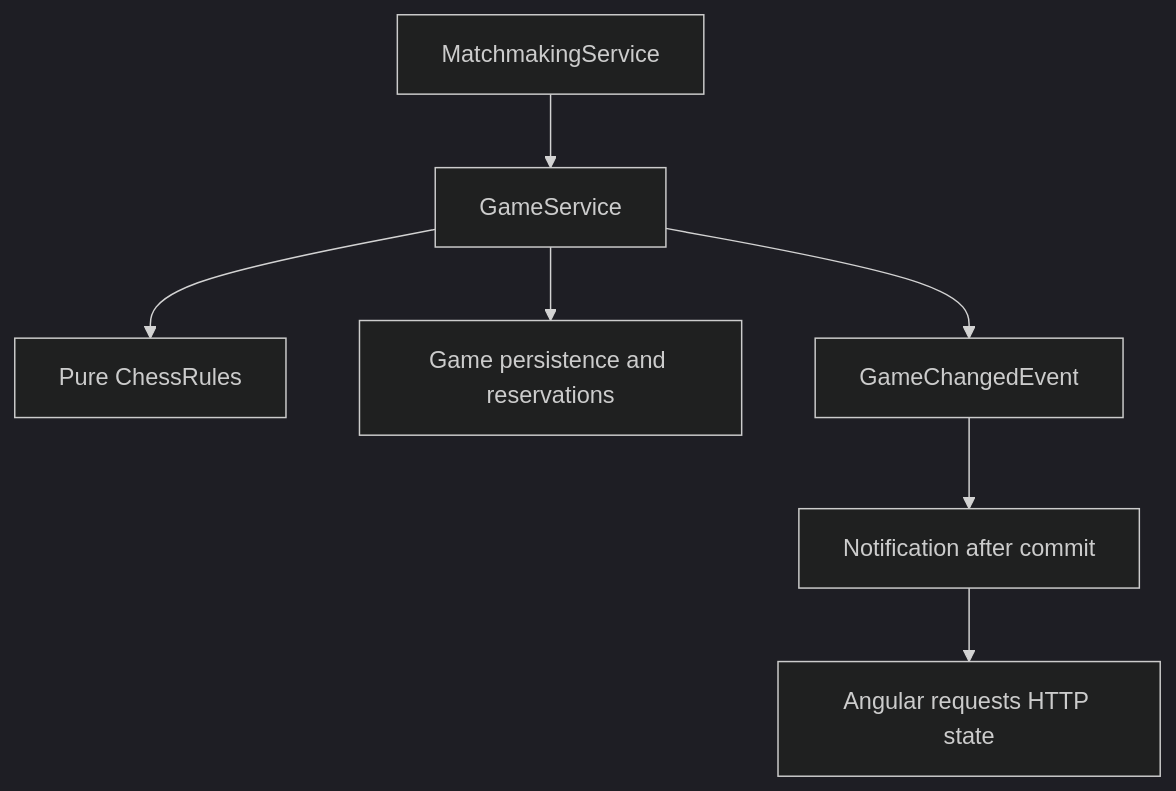
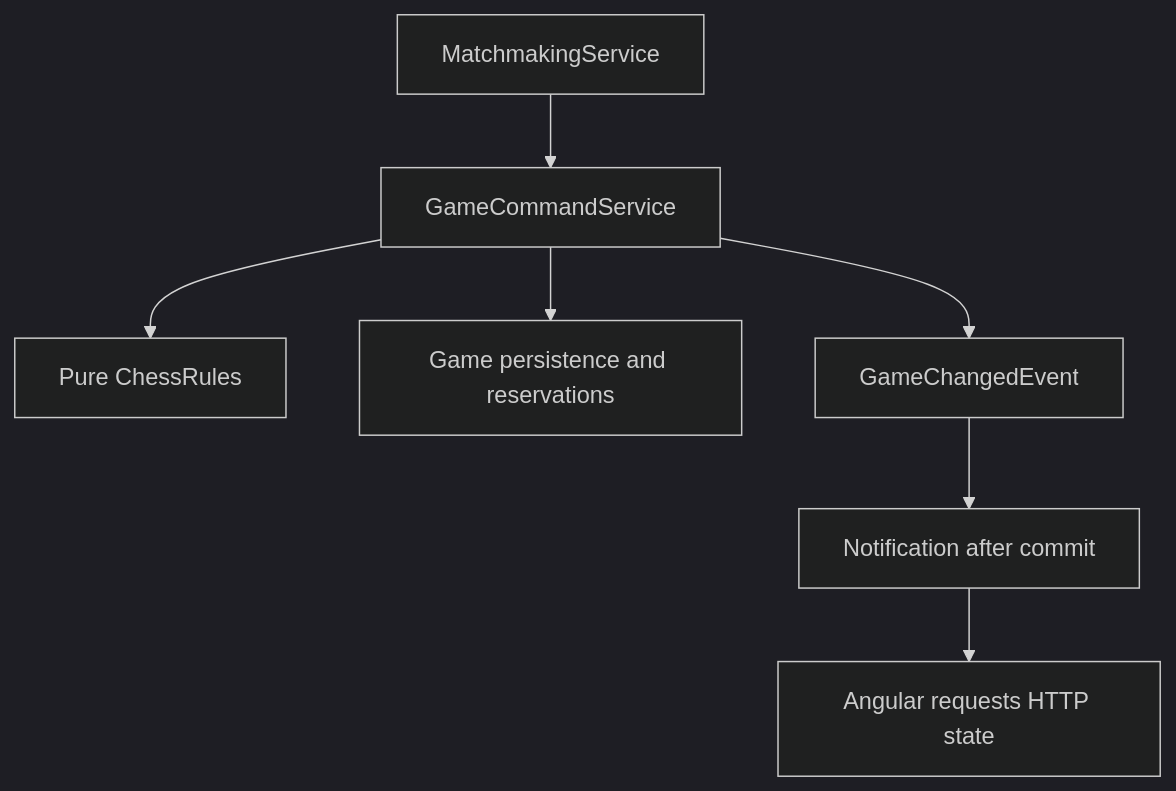
One commit to parisana/chess-web-app changed the diagram in docs/architecture.md. Above: the diagram before and after it, drawn with Mermaid (dark theme). The commit also changed other lines of this file and 13 other files, not shown here.

````diff
--- a/docs/architecture.md
+++ b/docs/architecture.md
@@ -21,9 +21,9 @@
 ```mermaid
 flowchart TD
-    M["MatchmakingService"] --> G["GameService"]
+    M["MatchmakingService"] --> G["GameCommandService"]
     G --> R["Pure ChessRules"]
     G --> P["Game persistence and reservations"]
     G --> E["GameChangedEvent"]
     E --> N["Notification after commit"]
     N --> A["Angular requests HTTP state"]
 ```
````
